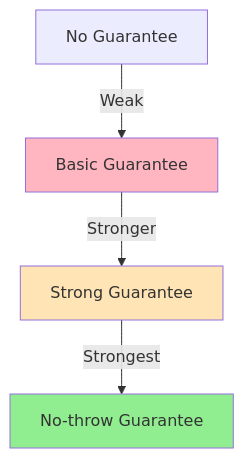
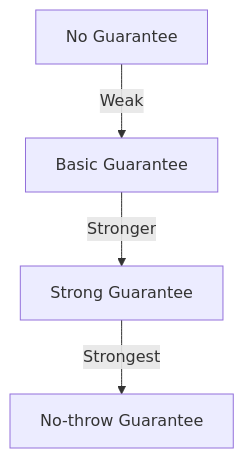
Before and after one commit to AndriiSonsiadlo/knowledge-base: the third of 3 diagrams in docs/programming/cpp/10-error-handling-and-safety/01-exceptions.md, drawn with Mermaid. The commit also changed 6 other files, not shown here.

Commit message:
style (C++): drop hardcoded mermaid fills in stdlib, concurrency and idioms

````diff
--- a/docs/programming/cpp/10-error-handling-and-safety/01-exceptions.md
+++ b/docs/programming/cpp/10-error-handling-and-safety/01-exceptions.md
@@ -407,10 +407,7 @@
 ```mermaid
 graph TD
     A[No Guarantee] -->|Weak| B[Basic Guarantee]
     B -->|Stronger| C[Strong Guarantee]
     C -->|Strongest| D[No-throw Guarantee]
     
-    style D fill:#90EE90
-    style C fill:#FFE4B5
-    style B fill:#FFB6C1
 ```
````
